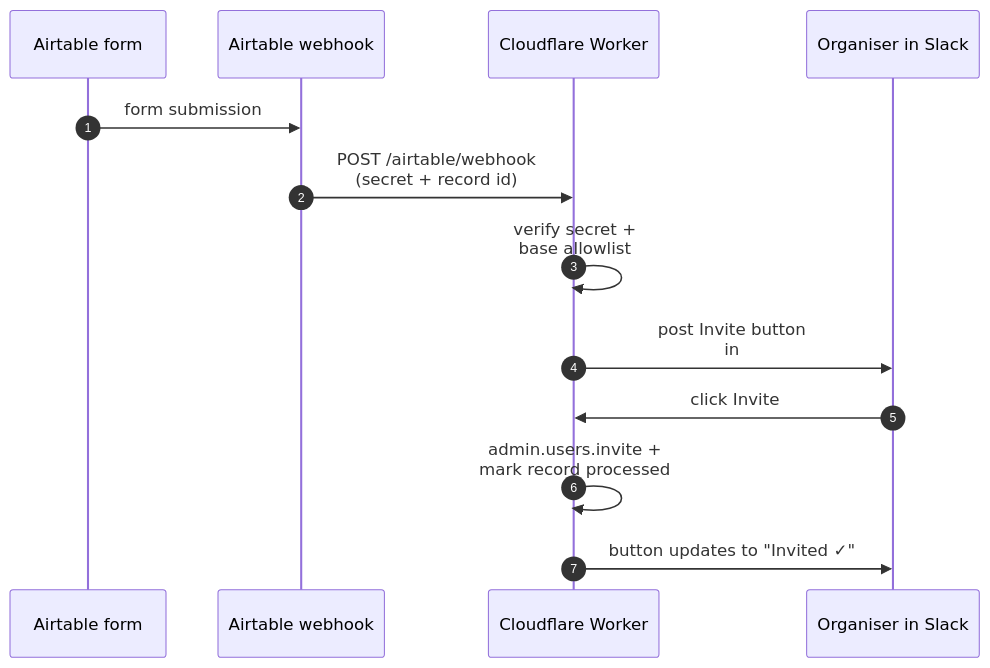
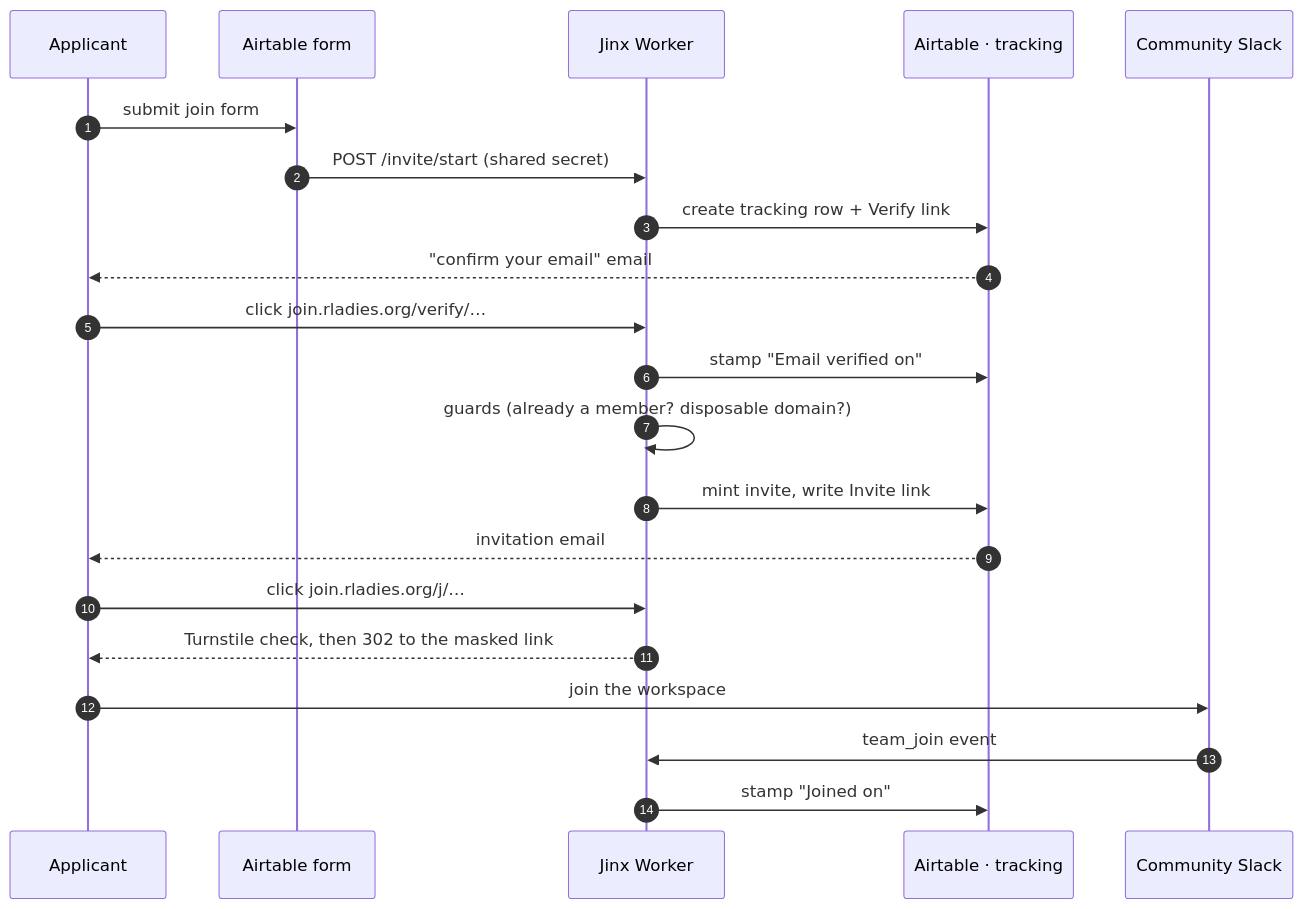
The second of 2 diagrams in content/global-team/jinx/airtable-invites.en.md (rladies/rladiesguide), drawn with Mermaid before and after one commit. The commit also changed other lines of this file and 2 other files, not shown here.

First line of the commit message:
docs(jinx): rewrite the Slack invites page for the new invite gateway

````diff
--- a/content/global-team/jinx/airtable-invites.en.md
+++ b/content/global-team/jinx/airtable-invites.en.md
@@ -17,15 +68,23 @@
 ```mermaid
 sequenceDiagram
     autonumber
+    participant A as Applicant
     participant F as Airtable form
-    participant AT as Airtable webhook
-    participant W as Cloudflare Worker
-    participant Org as Organiser in Slack
-    F->>AT: form submission
-    AT->>W: POST /airtable/webhook<br>(secret + record id)
-    W->>W: verify secret +<br>base allowlist
-    W->>Org: post Invite button<br>in #new-invitee
-    Org->>W: click Invite
-    W->>W: admin.users.invite +<br>mark record processed
-    W->>Org: button updates to "Invited ✓"
+    participant W as Jinx Worker
+    participant AT as Airtable · tracking
+    participant S as Community Slack
+    A->>F: submit join form
+    F->>W: POST /invite/start (shared secret)
+    W->>AT: create tracking row + Verify link
+    AT-->>A: "confirm your email" email
+    A->>W: click join.rladies.org/verify/…
+    W->>AT: stamp "Email verified on"
+    W->>W: guards (already a member? disposable domain?)
+    W->>AT: mint invite, write Invite link
+    AT-->>A: invitation email
+    A->>W: click join.rladies.org/j/…
+    W-->>A: Turnstile check, then 302 to the masked link
+    A->>S: join the workspace
+    S->>W: team_join event
+    W->>AT: stamp "Joined on"
 ```
````
